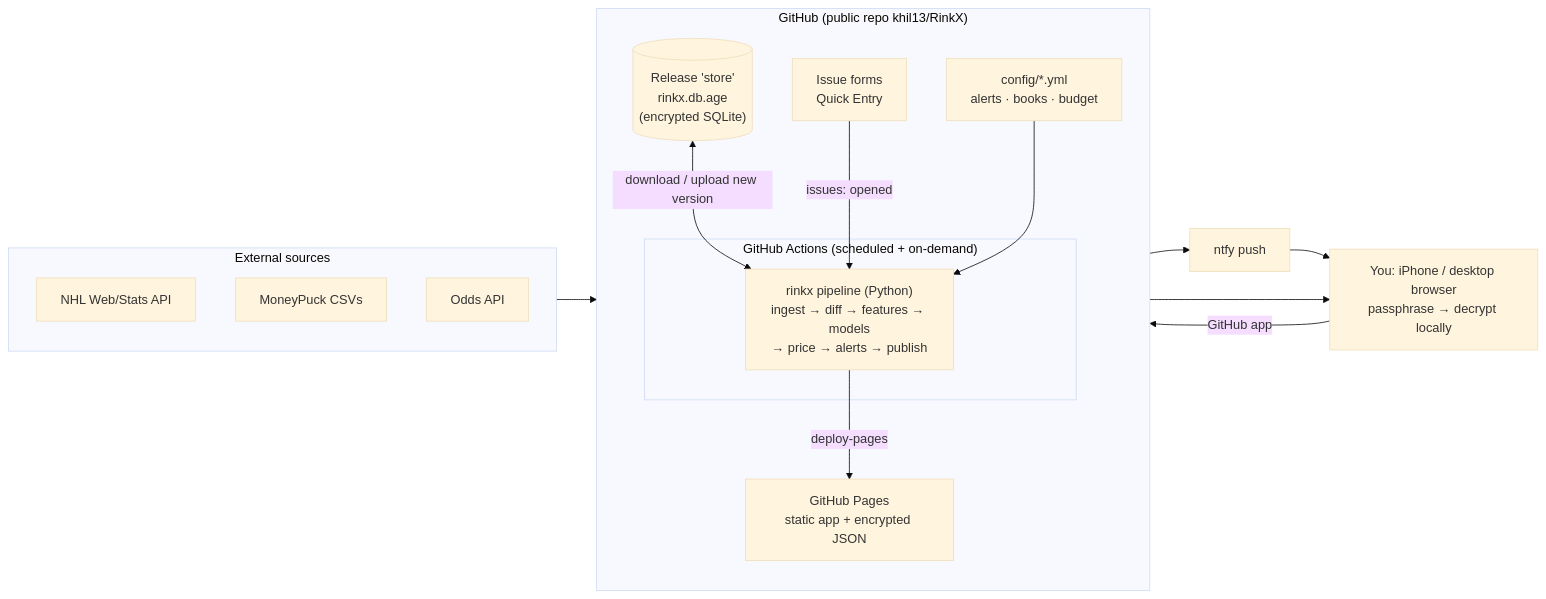
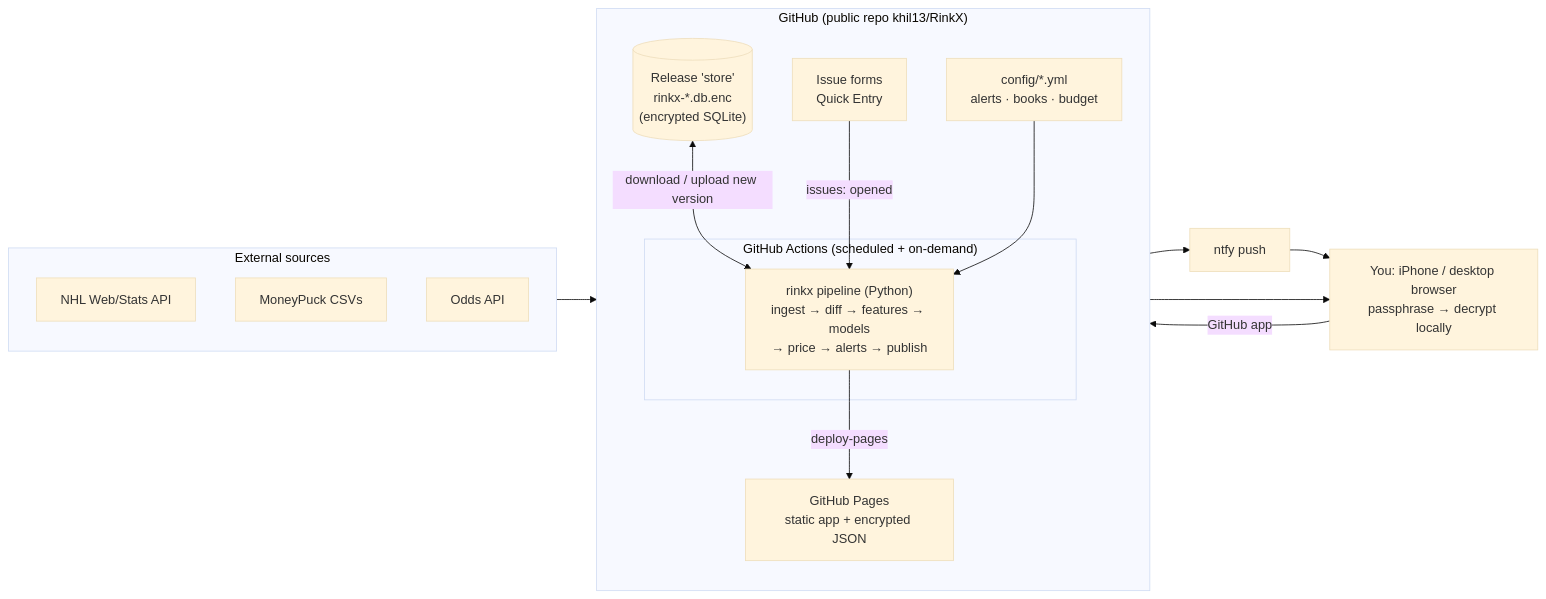
The diagram in docs/01-architecture.md (khil13/RinkX), drawn with Mermaid (base theme) before and after one commit. The commit also changed other lines of this file and 60 other files, not shown here.

````diff
--- a/docs/01-architecture.md
+++ b/docs/01-architecture.md
@@ -34,31 +34,31 @@
 ```mermaid
 flowchart LR
   subgraph Sources["External sources"]
     NHL[NHL Web/Stats API]
     MP[MoneyPuck CSVs]
     ODDS[Odds API]
   end
 
   subgraph GH["GitHub (public repo khil13/RinkX)"]
     direction TB
     subgraph Actions["GitHub Actions (scheduled + on-demand)"]
       PIPE["rinkx pipeline (Python)<br/>ingest → diff → features → models<br/>→ price → alerts → publish"]
     end
-    STORE[("Release 'store'<br/>rinkx.db.age<br/>(encrypted SQLite)")]
+    STORE[("Release 'store'<br/>rinkx-*.db.enc<br/>(encrypted SQLite)")]
     ISSUES["Issue forms<br/>Quick Entry"]
     PAGES["GitHub Pages<br/>static app + encrypted JSON"]
     CFG["config/*.yml<br/>alerts · books · budget"]
   end
 
   PHONE["You: iPhone / desktop browser<br/>passphrase → decrypt locally"]
   PUSH["ntfy push"]
 
   Sources --> PIPE
   STORE <-->|download / upload new version| PIPE
   ISSUES -->|issues: opened| PIPE
   CFG --> PIPE
   PIPE -->|deploy-pages| PAGES
   PIPE --> PUSH --> PHONE
   PAGES --> PHONE
   PHONE -->|GitHub app| ISSUES
 ```
````
